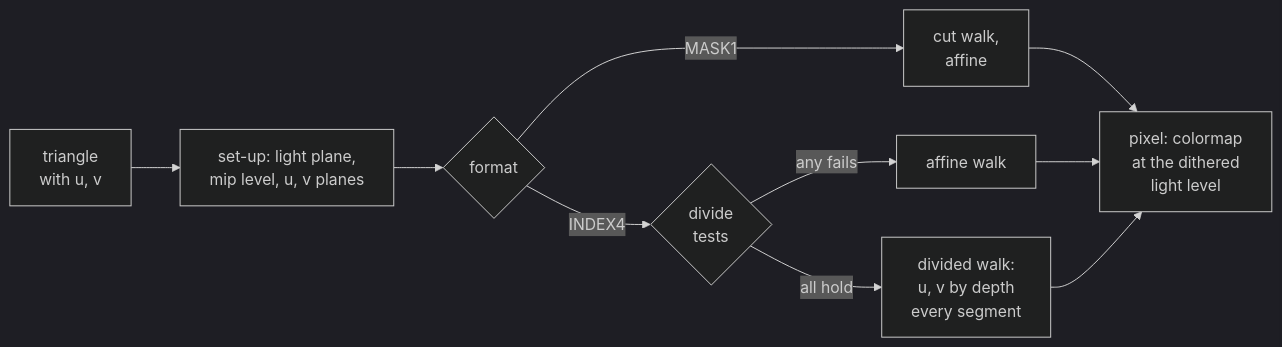
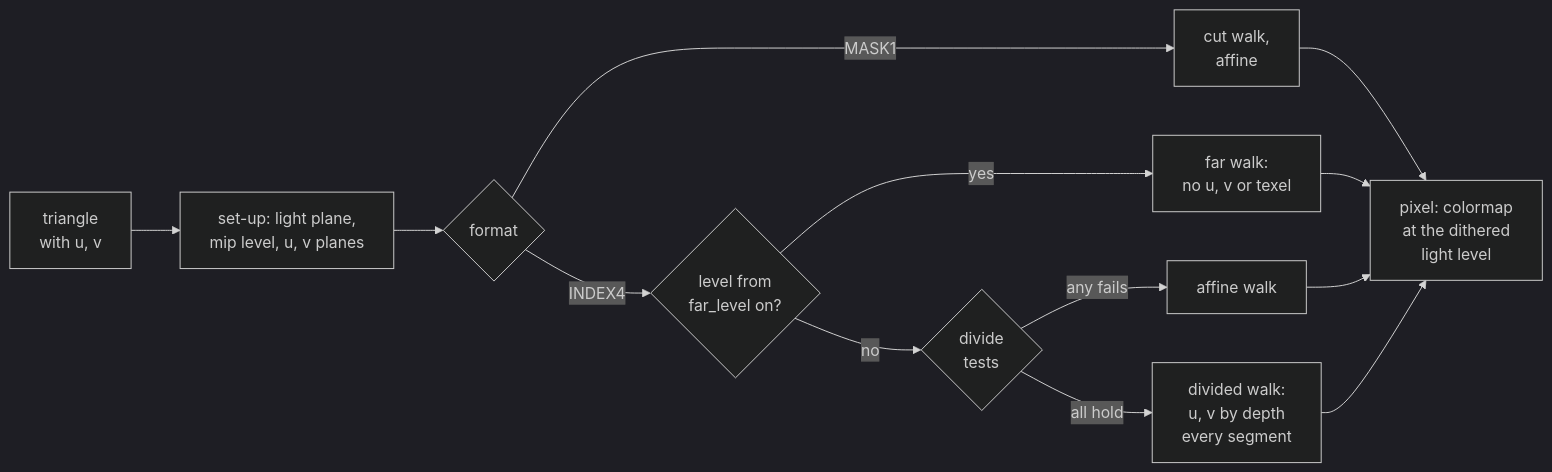
One commit to jose-villegas/autana changed the diagram in docs/render/frame/Texture-Mapping.md. Above: the diagram before and after it, drawn with Mermaid (dark theme). The commit also changed other lines of this file and 20 other files, not shown here.

First line of the commit message:
r3d: far texture levels draw their texture's mean, no texel (we46)

````diff
--- a/docs/render/frame/Texture-Mapping.md
+++ b/docs/render/frame/Texture-Mapping.md
@@ -11,12 +11,15 @@
 ```mermaid
 flowchart LR
     Tri["triangle<br/>with u, v"] --> Setup["set-up: light plane,<br/>mip level, u, v planes"]
     Setup --> Format{format}
     Format -- MASK1 --> Cut["cut walk,<br/>affine"]
-    Format -- INDEX4 --> Tests{"divide<br/>tests"}
+    Format -- INDEX4 --> Far{"level from<br/>far_level on?"}
+    Far -- yes --> Mean["far walk:<br/>no u, v or texel"]
+    Far -- no --> Tests{"divide<br/>tests"}
     Tests -- "any fails" --> Affine["affine walk"]
     Tests -- "all hold" --> Divided["divided walk:<br/>u, v by depth<br/>every segment"]
     Cut --> Pixel["pixel: colormap<br/>at the dithered<br/>light level"]
+    Mean --> Pixel
     Affine --> Pixel
     Divided --> Pixel
 ```
````
